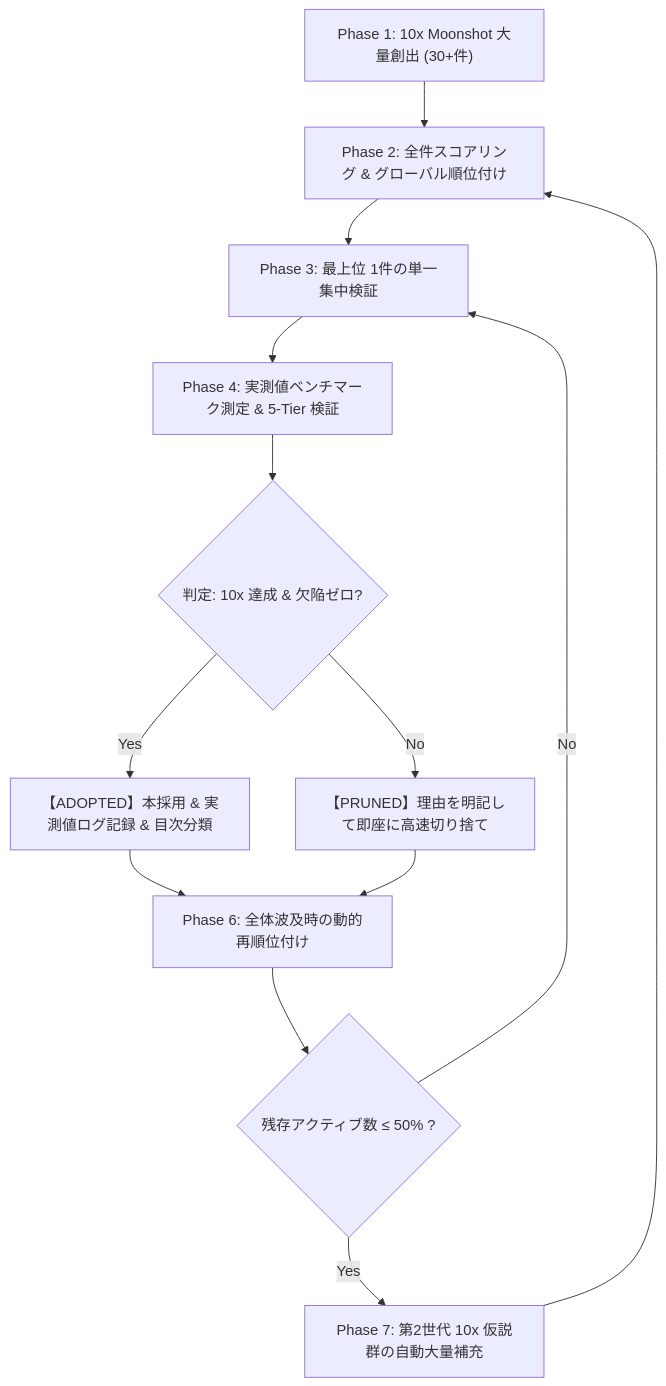
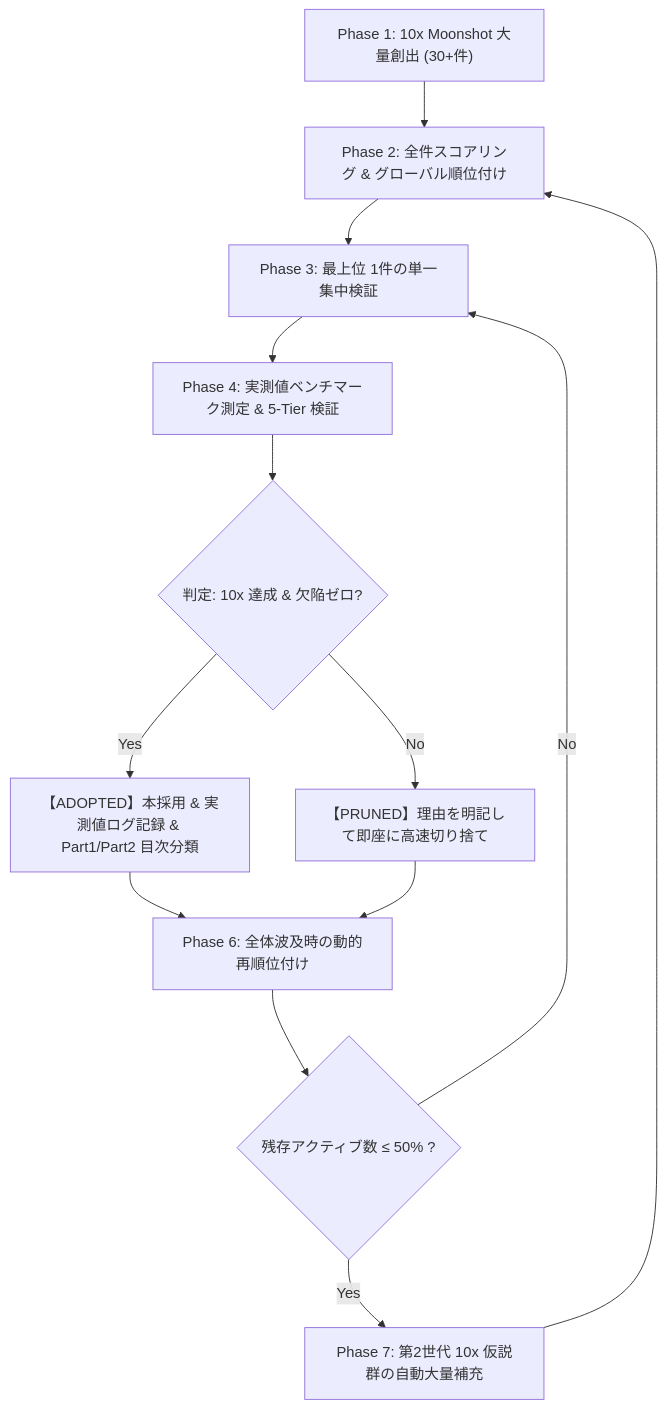
Before and after one commit to shutsuruwork-afk/sister-problem: the diagram in .agents/skills/fail-fast-moonshot-loop/SKILL.md, drawn with Mermaid. The commit also changed other lines of this file and 9 other files, not shown here.

````diff
--- a/.agents/skills/fail-fast-moonshot-loop/SKILL.md
+++ b/.agents/skills/fail-fast-moonshot-loop/SKILL.md
@@ -35,15 +41,15 @@
 ```mermaid
 graph TD
     P1["Phase 1: 10x Moonshot 大量創出 (30+件)"] --> P2["Phase 2: 全件スコアリング & グローバル順位付け"]
     P2 --> P3["Phase 3: 最上位 1件の単一集中検証"]
     P3 --> P4["Phase 4: 実測値ベンチマーク測定 & 5-Tier 検証"]
     P4 --> P5{"判定: 10x 達成 & 欠陥ゼロ?"}
-    P5 -- "Yes" --> P6A["【ADOPTED】本採用 & 実測値ログ記録 & 目次分類"]
+    P5 -- "Yes" --> P6A["【ADOPTED】本採用 & 実測値ログ記録 & Part1/Part2 目次分類"]
     P5 -- "No" --> P6B["【PRUNED】理由を明記して即座に高速切り捨て"]
     P6A --> P7["Phase 6: 全体波及時の動的再順位付け"]
     P6B --> P7
     P7 --> P8{"残存アクティブ数 ≤ 50% ?"}
     P8 -- "Yes" --> P9["Phase 7: 第2世代 10x 仮説群の自動大量補充"]
     P9 --> P2
     P8 -- "No" --> P3
 ```
````
